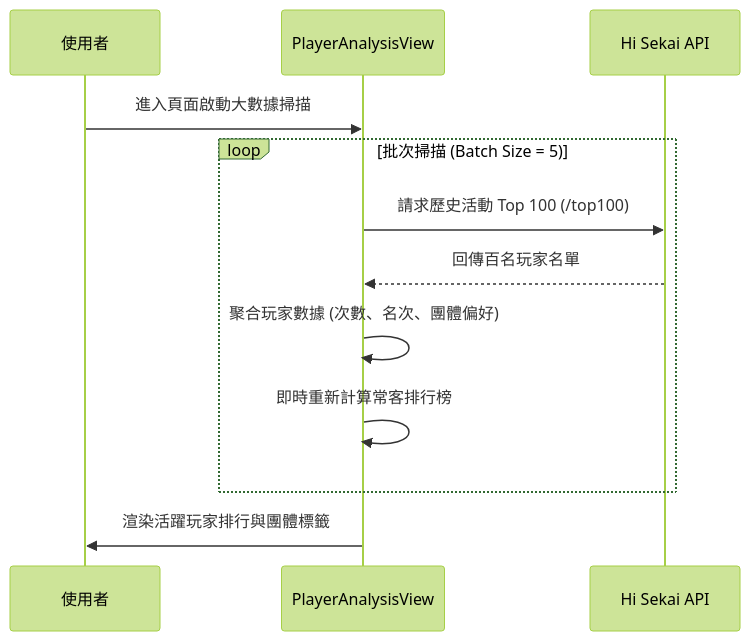
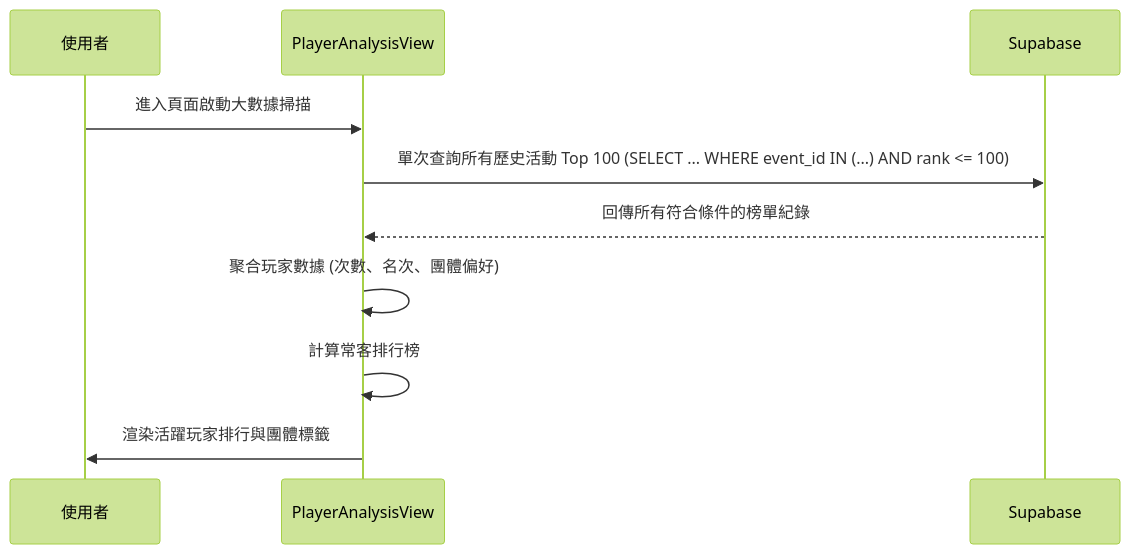
One commit to rockzerox/Project-Sekai-Ranking changed the diagram in docs/PAGE_PLAYER_ANALYSIS.md. Above: the diagram before and after it, drawn with Mermaid (forest theme). The commit also changed other lines of this file and 65 other files, not shown here.

````diff
--- a/docs/PAGE_PLAYER_ANALYSIS.md
+++ b/docs/PAGE_PLAYER_ANALYSIS.md
@@ -85,15 +83,13 @@
 ```mermaid
 sequenceDiagram
     participant User as 使用者
     participant View as PlayerAnalysisView
-    participant API as Hi Sekai API
+    participant DB as Supabase
 
     User->>View: 進入頁面啟動大數據掃描
-    loop 批次掃描 (Batch Size = 5)
-        View->>API: 請求歷史活動 Top 100 (/top100)
-        API-->>View: 回傳百名玩家名單
-        View->>View: 聚合玩家數據 (次數、名次、團體偏好)
-        View->>View: 即時重新計算常客排行榜
-    end
+    View->>DB: 單次查詢所有歷史活動 Top 100 (SELECT ... WHERE event_id IN (...) AND rank <= 100)
+    DB-->>View: 回傳所有符合條件的榜單紀錄
+    View->>View: 聚合玩家數據 (次數、名次、團體偏好)
+    View->>View: 計算常客排行榜
     View->>User: 渲染活躍玩家排行與團體標籤
 ```
````
